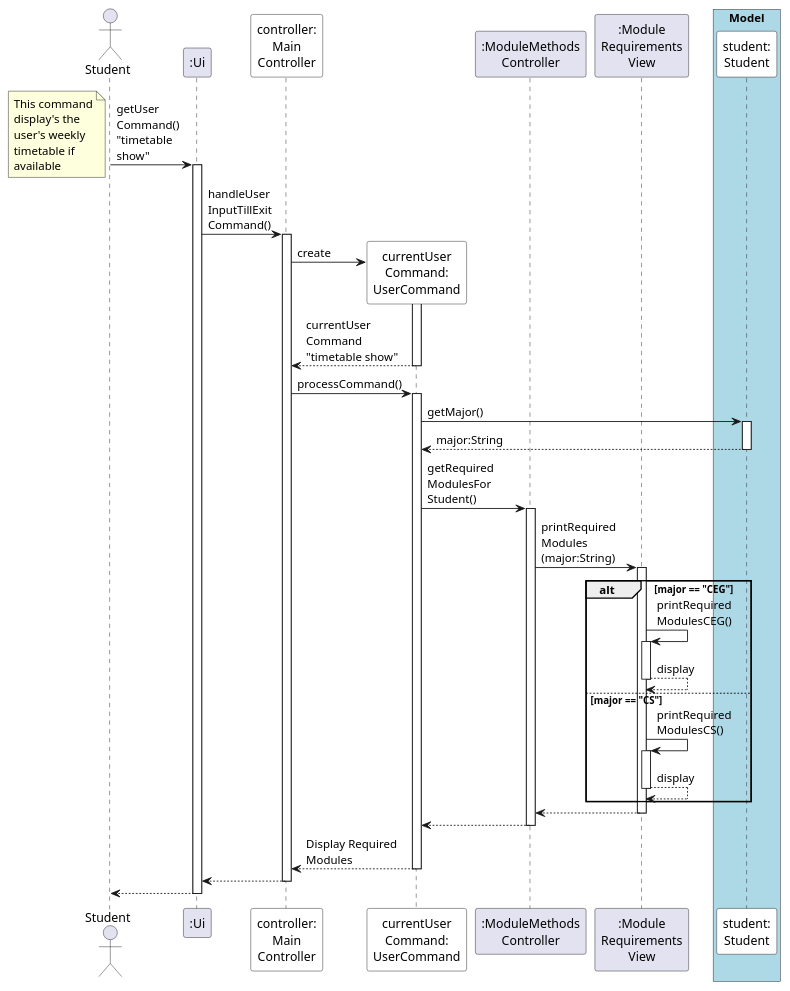
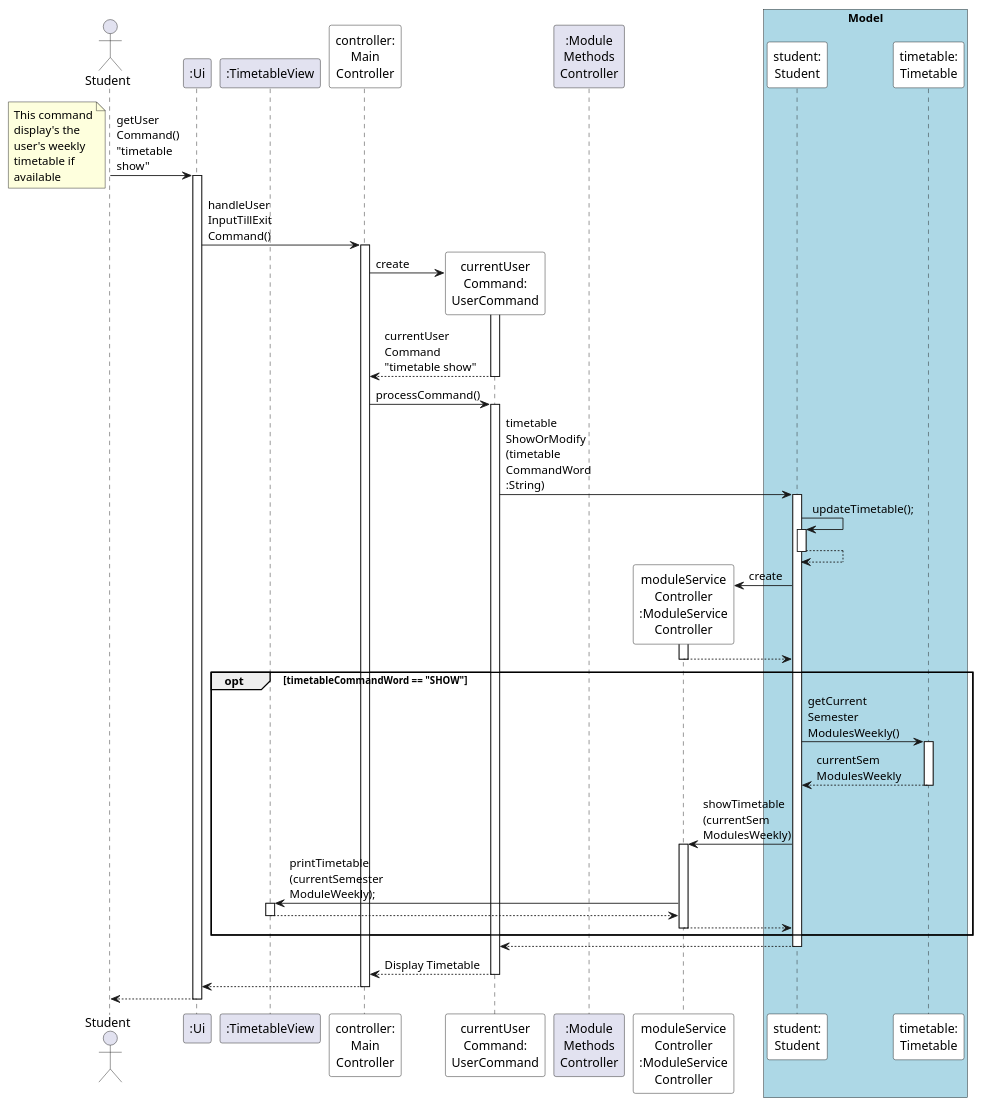
Before and after one commit to ryanlohyr/NUSDegs: the diagram in docs/diagrams/TimetableShowFeature.puml, drawn with PlantUML. The commit also changed 1 other file, not shown here.

Commit message:
create timetableShow feature sequence diagram #142

```diff
--- a/docs/diagrams/TimetableShowFeature.puml
+++ b/docs/diagrams/TimetableShowFeature.puml
@@ -1,62 +1,76 @@
 @startuml
 'https://plantuml.com/sequence-diagram
 
 'autonumber
 autoactivate on
 
 actor Student
 
 participant ":Ui" as UI
 
 Student -> UI: getUser\nCommand() \n"timetable \nshow"
+participant ":TimetableView" as TV
+
 note bottom
 This command
 display's the
 user's weekly
 timetable if
 available
 end note
 
 participant "controller:\nMain\nController" as MC #white
 
 UI -> MC: handleUser\nInputTillExit\nCommand()
 
 participant "currentUser\nCommand:\nUserCommand" as UC #white
 
 
 
 MC -> UC **: create
 activate UC
 UC --> MC: currentUser\nCommand \n"timetable show"
 
 MC -> UC: processCommand()
 
-participant ":ModuleMethods\nController" as MMC
-participant ":Module\nRequirements\nView" as MRV
+participant ":Module\nMethods\nController" as MMC
+participant "moduleService\nController\n:ModuleService\nController" as MSC #white
+
+
 
 box "Model" #LightBlue
 participant "student:\nStudent" as S #white
+participant "timetable:\nTimetable" as T #white
 end box
+'commandWord
+'timetableShowOrModify(commandWord);
+UC -> S: timetable\nShowOrModify\n(timetable\nCommandWord\n:String)
+
+S -> S: updateTimetable();
+S --> S
+
+S -> MSC **: create
+activate MSC
+MSC --> S
 
 
-UC -> S: getMajor()
-S --> UC: major:String
+opt timetableCommandWord == "SHOW"
+    'timetable.getCurrentSemesterModulesWeekly()
+    S -> T: getCurrent\nSemester\nModulesWeekly()
+    T --> S: currentSem\nModulesWeekly
 
-UC -> MMC: getRequired\nModulesFor\nStudent()
-MMC -> MRV: printRequired\nModules\n(major:String)
-alt major == "CEG"
-    MRV -> MRV: printRequired\nModulesCEG()
-    MRV --> MRV: display
-else major == "CS"
-    MRV -> MRV: printRequired\nModulesCS()
-    MRV --> MRV: display
-end
-MRV --> MMC
-MMC --> UC
+    S -> MSC: showTimetable\n(currentSem\nModulesWeekly)
 
 
-UC --> MC: Display Required \nModules
+    MSC -> TV: printTimetable\n(currentSemester\nModuleWeekly);
+    TV --> MSC
+    MSC --> S
+end
+
+S --> UC
+
+UC --> MC: Display Timetable
 MC --> UI
 UI --> Student
 
 @enduml
```
